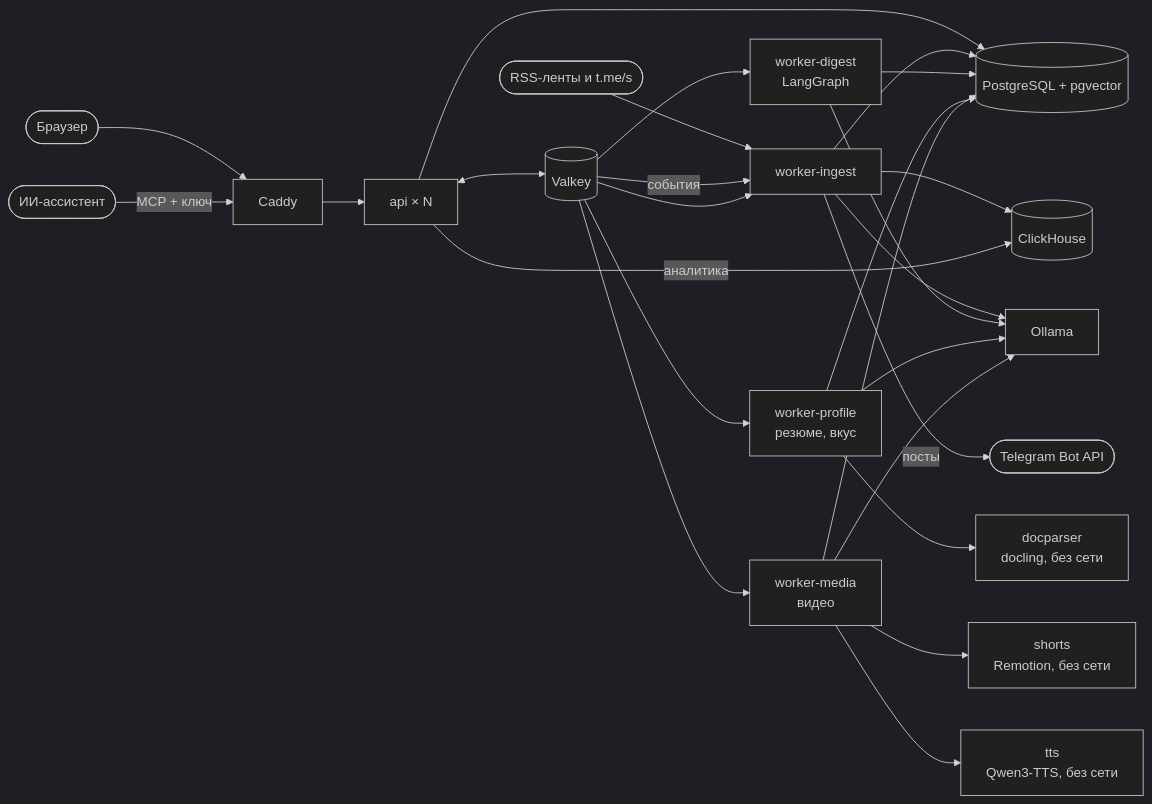
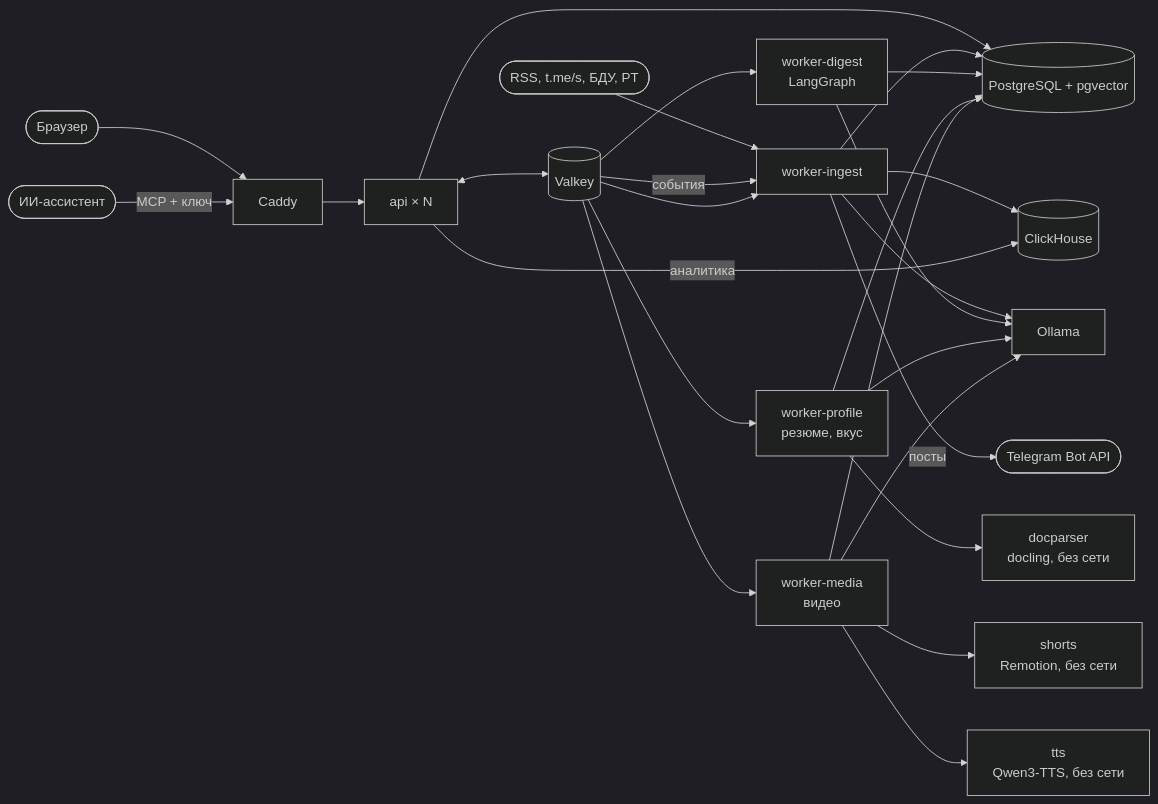
One commit to verikirill/scrap-and-grep changed the diagram in README.md. Above: the diagram before and after it, drawn with Mermaid (dark theme). The commit also changed other lines of this file and 3 other files, not shown here.

````diff
--- a/README.md
+++ b/README.md
@@ -193,28 +194,28 @@
 ```mermaid
 flowchart LR
-    feeds([RSS-ленты и t.me/s]) --> wi[worker-ingest]
+    feeds([RSS, t.me/s, БДУ, PT]) --> wi[worker-ingest]
     browser([Браузер]) --> web[Caddy]
     web --> api[api × N]
     api --> pg[(PostgreSQL + pgvector)]
     api <--> vk[(Valkey)]
     vk -- события --> wi
     wi --> ch[(ClickHouse)]
     api -- аналитика --> ch
     vk --> wi
     vk --> wd[worker-digest<br/>LangGraph]
     vk --> wp[worker-profile<br/>резюме, вкус]
     wp --> dp[docparser<br/>docling, без сети]
     vk --> wm[worker-media<br/>видео]
     wm --> sh[shorts<br/>Remotion, без сети]
     wm --> tts[tts<br/>Qwen3-TTS, без сети]
     wi --> pg
     wd --> pg
     wp --> pg
     wm --> pg
     wi --> ollama[Ollama]
     wd --> ollama
     wp --> ollama
     wm --> ollama
     wi -- посты --> tg([Telegram Bot API])
     ai([ИИ-ассистент]) -- MCP + ключ --> web
 ```
````
